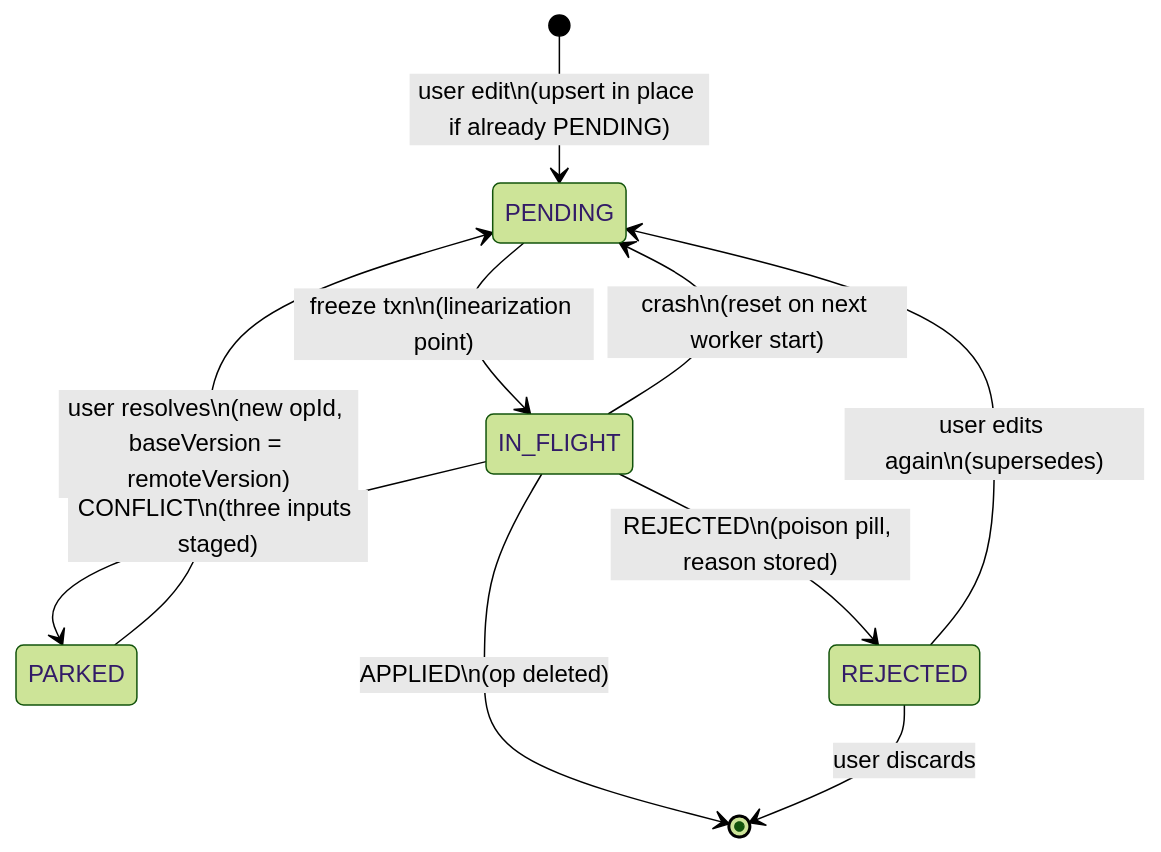
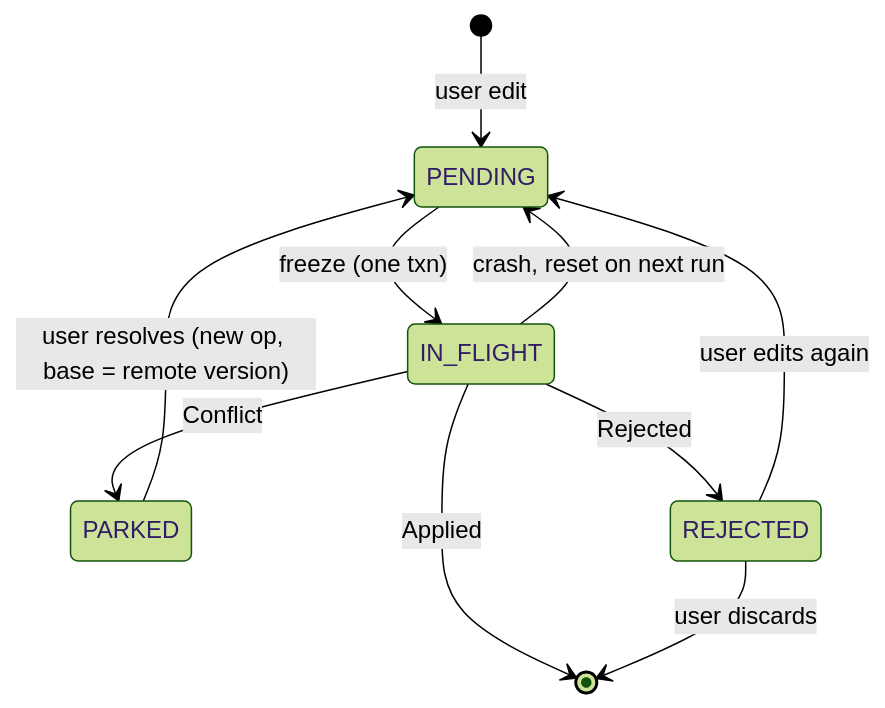
Before and after one commit to savvasg28/offline-notes: the second of 2 diagrams in README.md, drawn with Mermaid (forest theme). The commit also changed other lines of this file and 2 other files, not shown here.

````diff
--- a/README.md
+++ b/README.md
@@ -172,12 +110,12 @@
 ```mermaid
 stateDiagram-v2
-    [*] --> PENDING: user edit\n(upsert in place if already PENDING)
-    PENDING --> IN_FLIGHT: freeze txn\n(linearization point)
-    IN_FLIGHT --> [*]: APPLIED\n(op deleted)
-    IN_FLIGHT --> PARKED: CONFLICT\n(three inputs staged)
-    IN_FLIGHT --> REJECTED: REJECTED\n(poison pill, reason stored)
-    IN_FLIGHT --> PENDING: crash\n(reset on next worker start)
-    PARKED --> PENDING: user resolves\n(new opId, baseVersion = remoteVersion)
-    REJECTED --> PENDING: user edits again\n(supersedes)
+    [*] --> PENDING: user edit
+    PENDING --> IN_FLIGHT: freeze (one txn)
+    IN_FLIGHT --> [*]: Applied
+    IN_FLIGHT --> PARKED: Conflict
+    IN_FLIGHT --> REJECTED: Rejected
+    IN_FLIGHT --> PENDING: crash, reset on next run
+    PARKED --> PENDING: user resolves (new op, base = remote version)
+    REJECTED --> PENDING: user edits again
     REJECTED --> [*]: user discards
 ```
````
